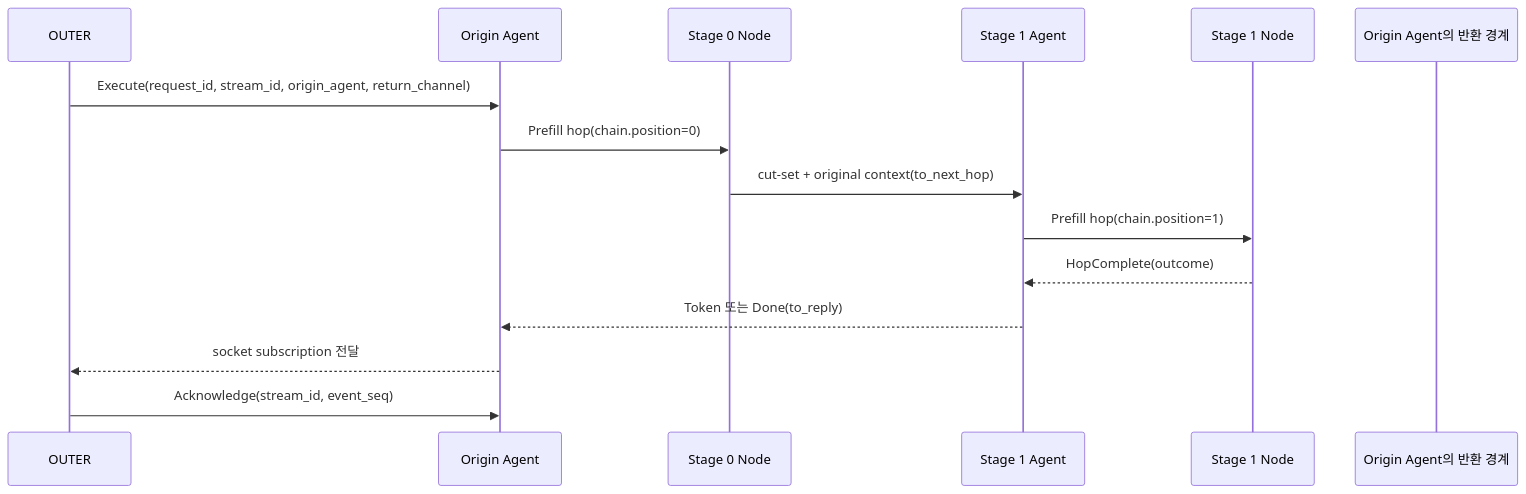
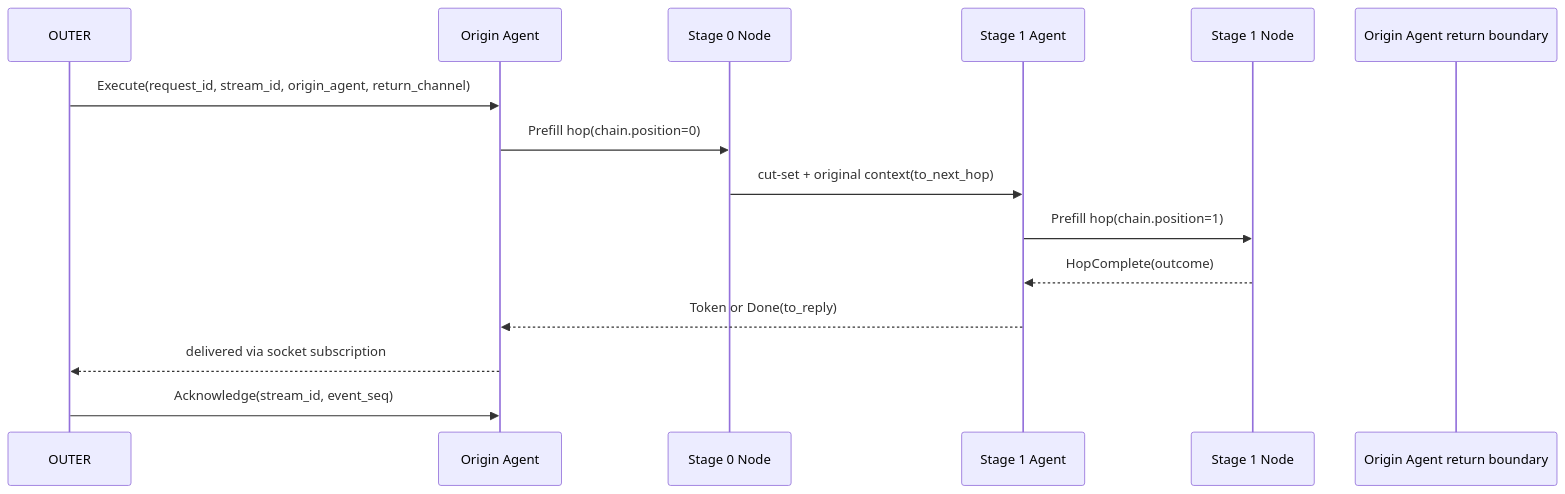
Before and after one commit to louisevandan/kvasir-net: the first of 10 diagrams in docs/protocol.md, drawn with Mermaid. The commit also changed other lines of this file and 212 other files, not shown here.

````diff
--- a/docs/protocol.md
+++ b/docs/protocol.md
@@ -1407,18 +1468,18 @@
 ```mermaid
 sequenceDiagram
     participant O as OUTER
     participant A0 as Origin Agent
     participant N0 as Stage 0 Node
     participant A1 as Stage 1 Agent
     participant N1 as Stage 1 Node
-    participant AN as Origin Agent의 반환 경계
+    participant AN as Origin Agent return boundary
 
     O->>A0: Execute(request_id, stream_id, origin_agent, return_channel)
     A0->>N0: Prefill hop(chain.position=0)
     N0->>A1: cut-set + original context(to_next_hop)
     A1->>N1: Prefill hop(chain.position=1)
     N1-->>A1: HopComplete(outcome)
-    A1-->>A0: Token 또는 Done(to_reply)
-    A0-->>O: socket subscription 전달
+    A1-->>A0: Token or Done(to_reply)
+    A0-->>O: delivered via socket subscription
     O->>A0: Acknowledge(stream_id, event_seq)
 ```
````
